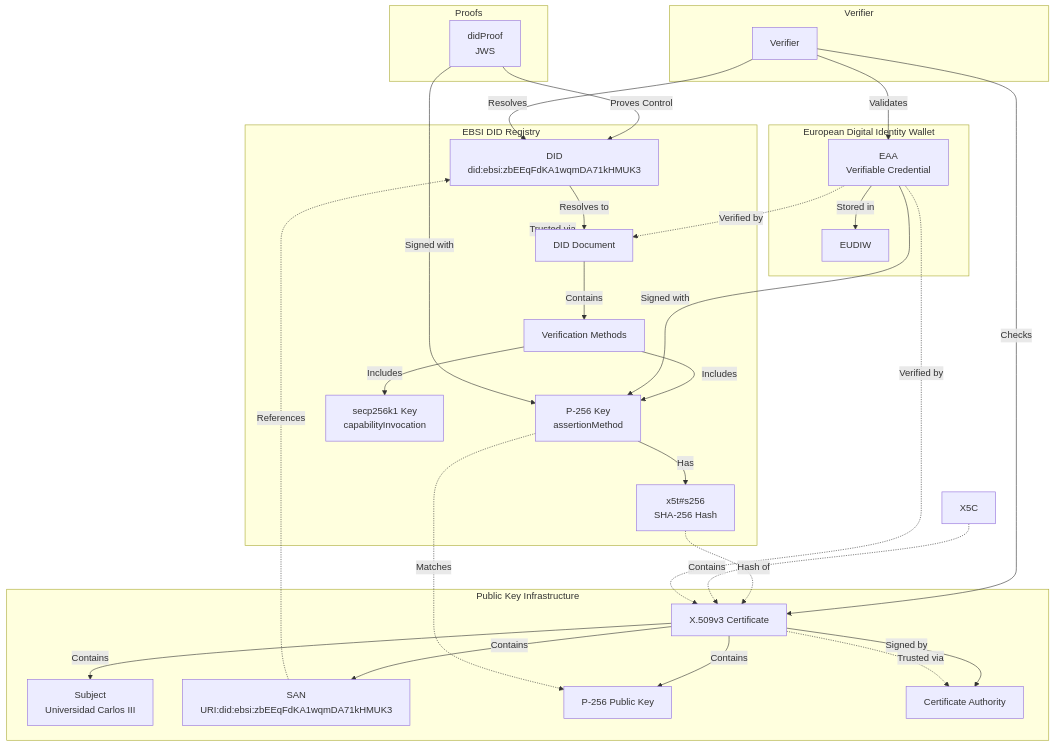
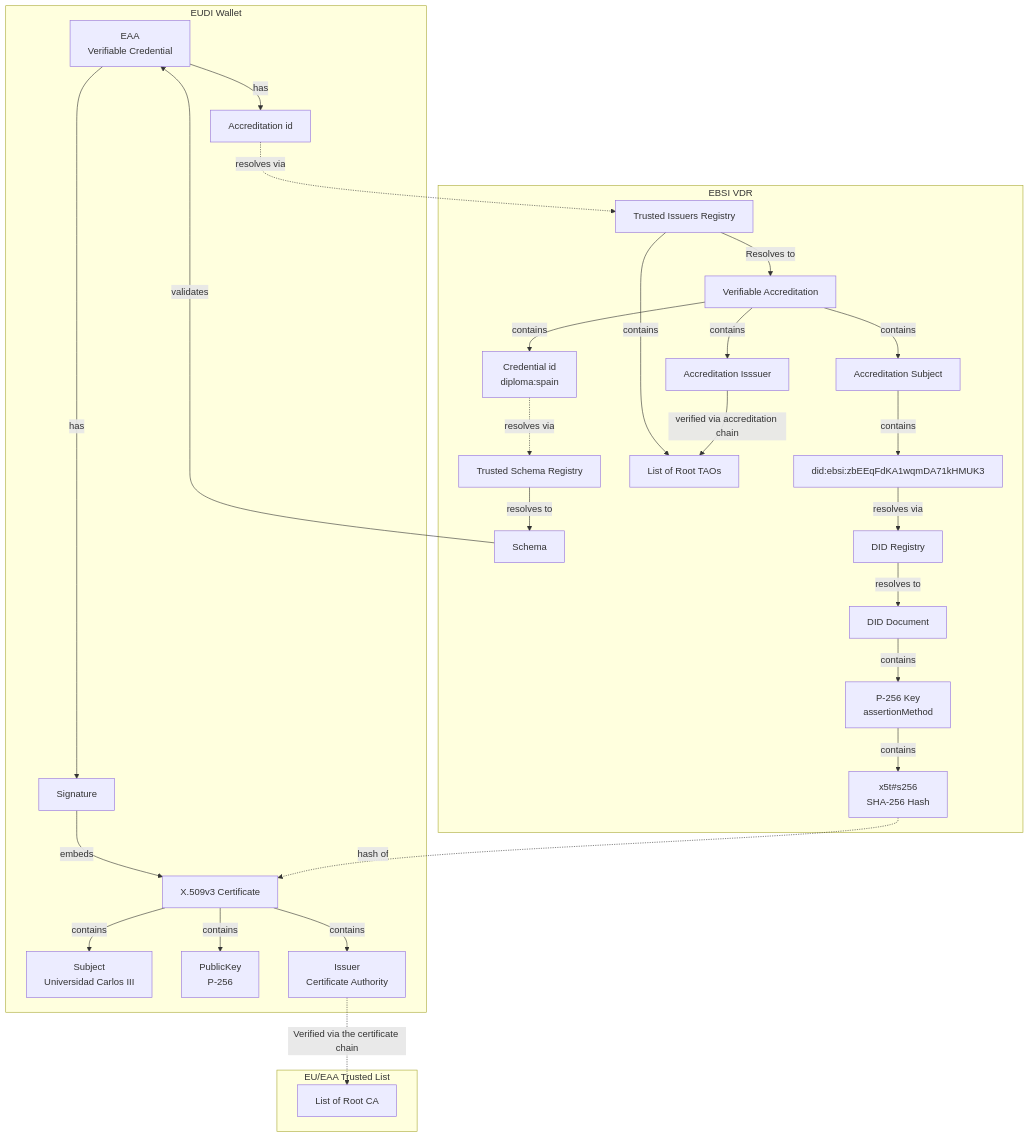
The diagram in eidas-scenarios/scenario2/trust_modes_bridge.md (dc4eu/educational-pilot), drawn with Mermaid before and after one commit. The commit also changed other lines of this file, not shown here.

````diff
--- a/eidas-scenarios/scenario2/trust_modes_bridge.md
+++ b/eidas-scenarios/scenario2/trust_modes_bridge.md
@@ -83,43 +79,36 @@
 ```mermaid
 graph TD
-    subgraph EBSI[EBSI DID Registry]
-        DID[DID<br/>did:ebsi:zbEEqFdKA1wqmDA71kHMUK3] -->|Resolves to| DOC[DID Document]
-        DOC -->|Contains| VM[Verification Methods]
-        VM -->|Includes| P256[P-256 Key<br/>assertionMethod]
-        VM -->|Includes| SECP[secp256k1 Key<br/>capabilityInvocation]
-        P256 -->|Has| X5T[x5t#s256<br/>SHA-256 Hash]
-    end
-    
-    subgraph PKI[Public Key Infrastructure]
-        CERT[X.509v3 Certificate] -->|Contains| SUB[Subject<br/>Universidad Carlos III]
-        CERT -->|Contains| SAN[SAN<br/>URI:did:ebsi:zbEEqFdKA1wqmDA71kHMUK3]
-        CERT -->|Contains| CP256[P-256 Public Key]
-        CERT -->|Signed by| CA[Certificate Authority]
-    end
-    
-    subgraph EUDIW[European Digital Identity Wallet]
-        EAA[EAA<br/>Verifiable Credential] -->|Signed with| P256
-        EAA -->|Stored in| WALLET[EUDIW]
-    end
-    
-    subgraph Proofs[Proofs]
-        DP[didProof<br/>JWS] -->|Signed with| P256
-        DP -->|Proves Control| DID
-    end
-    
-    subgraph Verifier[Verifier]
-        V[Verifier] -->|Resolves| DID
-        V -->|Checks| CERT
-        V -->|Validates| EAA
-    end
-    
-    %% Connections between subgraphs
-    P256 -.->|Matches| CP256
-    SAN -.->|References| DID
-    X5T -.->|Hash of| CERT
-    X5C -.->|Contains| CERT
-    DOC -.->|Trusted via| EBSI
-    CERT -.->|Trusted via| CA
-    EAA -.->|Verified by| DOC
-    EAA -.->|Verified by| CERT
+  subgraph EUDIW[EUDI Wallet]
+    EAA[EAA<br/>Verifiable Credential] --> |has| SIG["Signature"]
+    SIG --> |embeds| CERT
+    CERT[X.509v3 Certificate] --> |contains| SUB[Subject<br/>Universidad Carlos III]
+    CERT --> |contains| CP256[PublicKey<br>P-256]
+    CERT --> |contains| CA[Issuer<br>Certificate Authority]
+    EAA[EAA<br/>Verifiable Credential] --> |has| ACC["Accreditation id"]
+  end
+  subgraph EBSI[EBSI VDR]
+    TSR[Trusted Schema Registry] --> |resolves to| Schema[Schema]
+    Schema --> |validates| EAA
+
+    TIR[Trusted Issuers Registry] --> |Resolves to| ACCDoc[Verifiable Accreditation]
+    TIR --> |contains| RootTAO[List of Root TAOs]
+    ACCDoc --> |contains| accIss[Accreditation Isssuer]
+    accIss --> |verified via accreditation chain| RootTAO
+    ACCDoc --> |contains| accSub[Accreditation Subject]
+    ACCDoc --> |contains| CredId[Credential id<br>diploma:spain]
+    accSub --> |contains| IssDid["did:ebsi:zbEEqFdKA1wqmDA71kHMUK3"]
+    IssDid --> |resolves via| DID
+
+    DID[DID Registry] --> |resolves to| DOC[DID Document]
+    DOC --> |contains| P256[P-256 Key<br/>assertionMethod]
+    P256 --> |contains| X5T[x5t#s256<br/>SHA-256 Hash]
+  end
+  subgraph PKI[EU/EAA Trusted List]
+    RootCA["List of Root CA"]
+  end
+  %% Connections between subgraphs
+  CredId -.-> |resolves via| TSR
+  ACC -.-> |resolves via| TIR
+  CA -.-> |Verified via the certificate chain| RootCA
+  X5T -.-> |hash of| CERT
 ```
````
